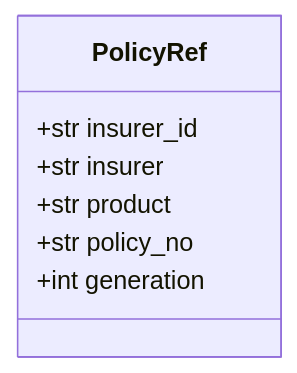
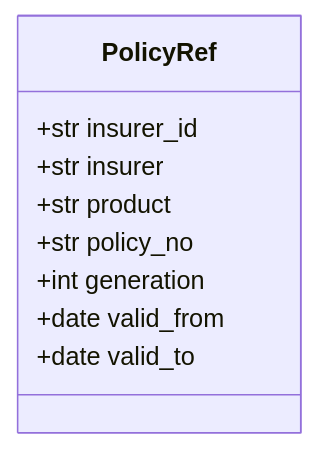
Before and after one commit to HoyoungParkme/Insurance-Helper: diagram 11 of 59 in docs/specs/06-DOM/INS-DOM-005.md, drawn with Mermaid. The commit also changed other lines of this file, not shown here.

````diff
--- a/docs/specs/06-DOM/INS-DOM-005.md
+++ b/docs/specs/06-DOM/INS-DOM-005.md
@@ -510,10 +520,12 @@
 ```mermaid
 classDiagram
   class PolicyRef {
     +str insurer_id
     +str insurer
     +str product
     +str policy_no
     +int generation
+    +date valid_from
+    +date valid_to
   }
 ```
````
